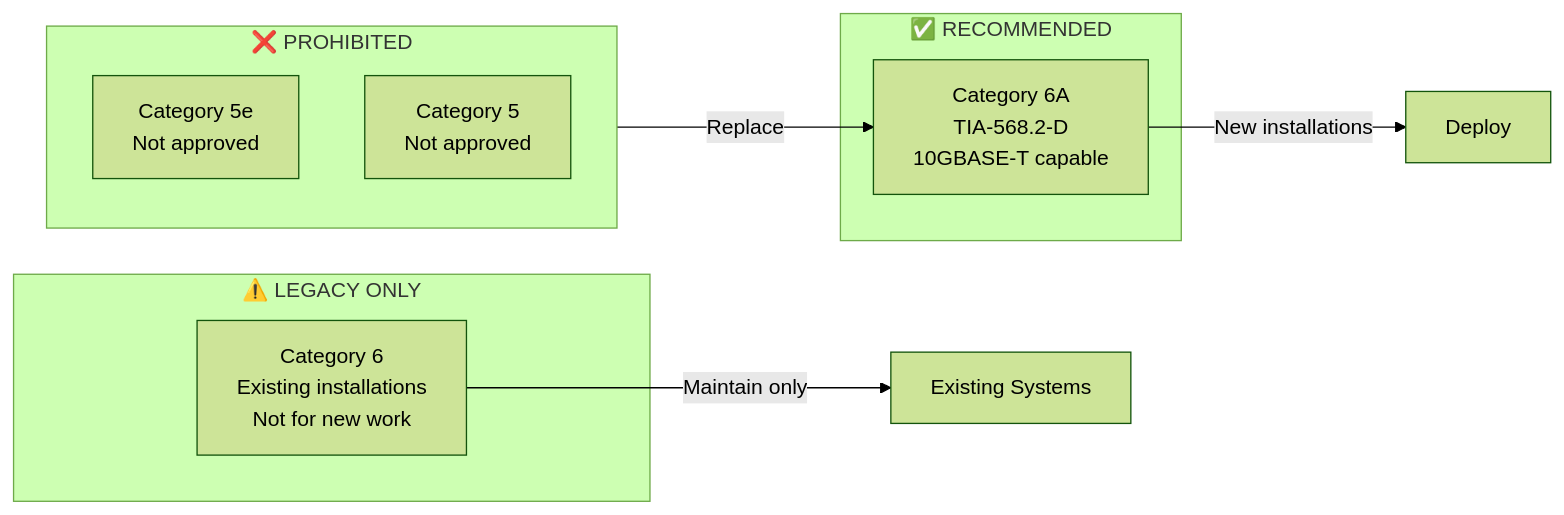
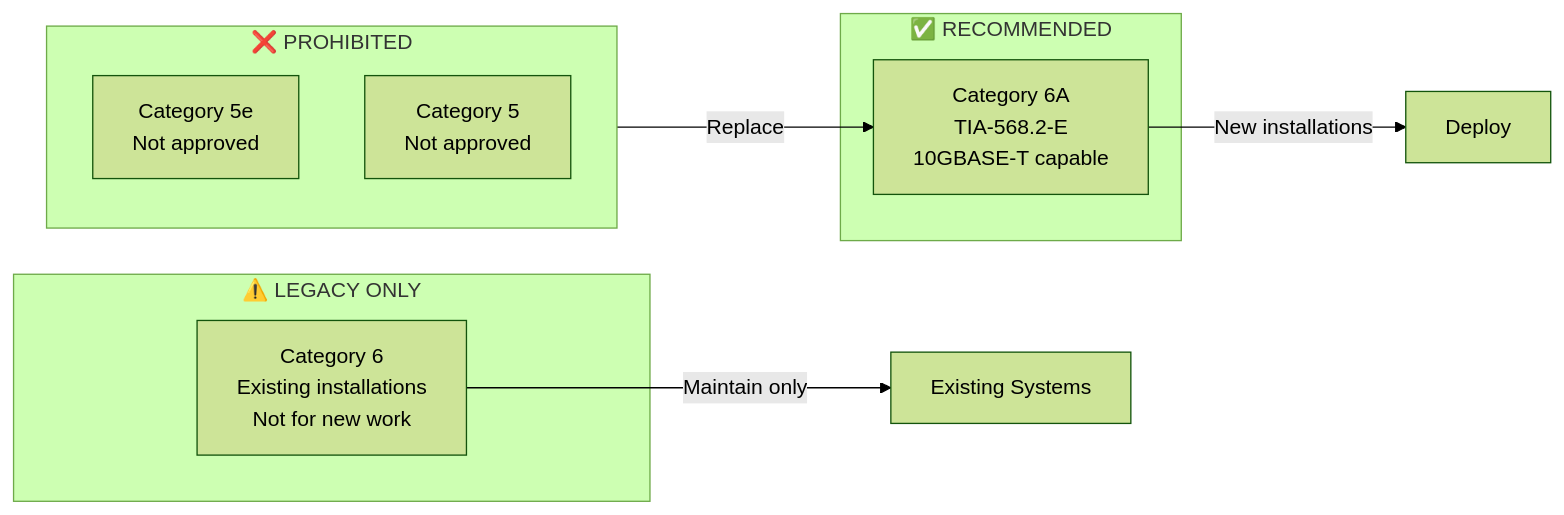
One commit to NewOrleansITI/networkstandards changed the first of 5 diagrams in docs/ethernet/cabling-standards.md. Above: the diagram before and after it, drawn with Mermaid (forest theme). The commit also changed other lines of this file and 13 other files, not shown here.

````diff
--- a/docs/ethernet/cabling-standards.md
+++ b/docs/ethernet/cabling-standards.md
@@ -35,19 +35,19 @@
 ```mermaid
 graph LR
     subgraph RECOMMENDED["✅ RECOMMENDED"]
-        CAT6A["Category 6A<br/>TIA-568.2-D<br/>10GBASE-T capable"]
+        CAT6A["Category 6A<br/>TIA-568.2-E<br/>10GBASE-T capable"]
     end
 
     subgraph LEGACY["⚠️ LEGACY ONLY"]
         CAT6["Category 6<br/>Existing installations<br/>Not for new work"]
     end
 
     subgraph PROHIBITED["❌ PROHIBITED"]
         CAT5E["Category 5e<br/>Not approved"]
         CAT5["Category 5<br/>Not approved"]
     end
 
     CAT6A -->|"New installations"| DEPLOY[Deploy]
     CAT6 -->|"Maintain only"| MAINTAIN[Existing Systems]
     PROHIBITED -->|"Replace"| CAT6A
 ```
````
